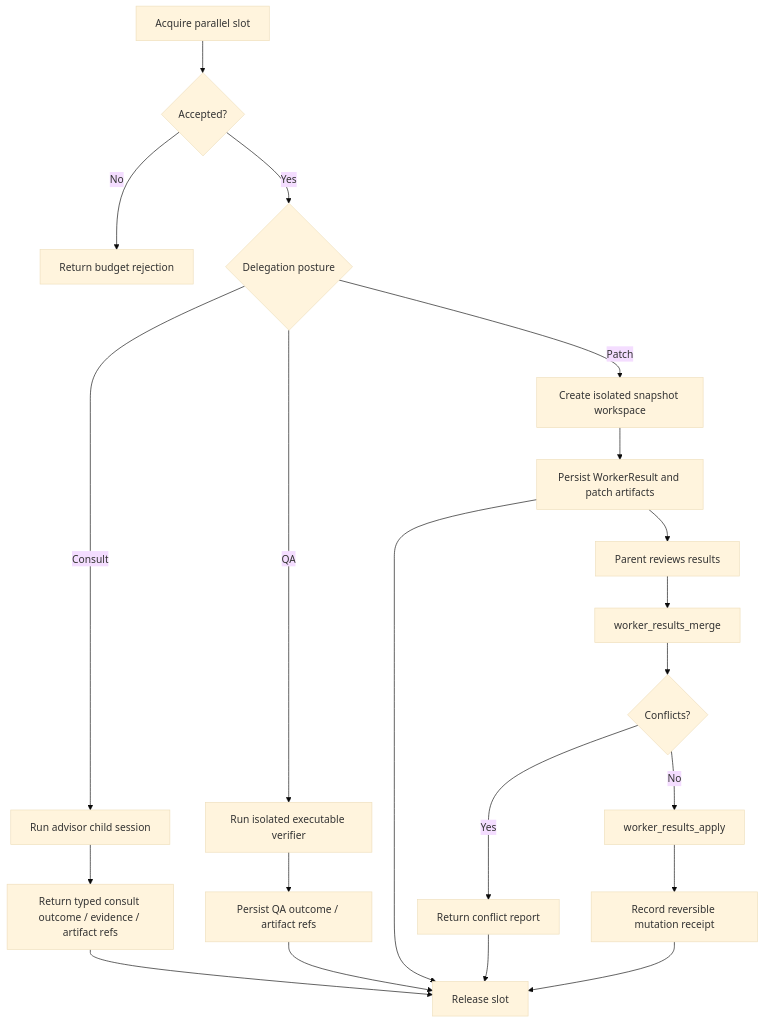
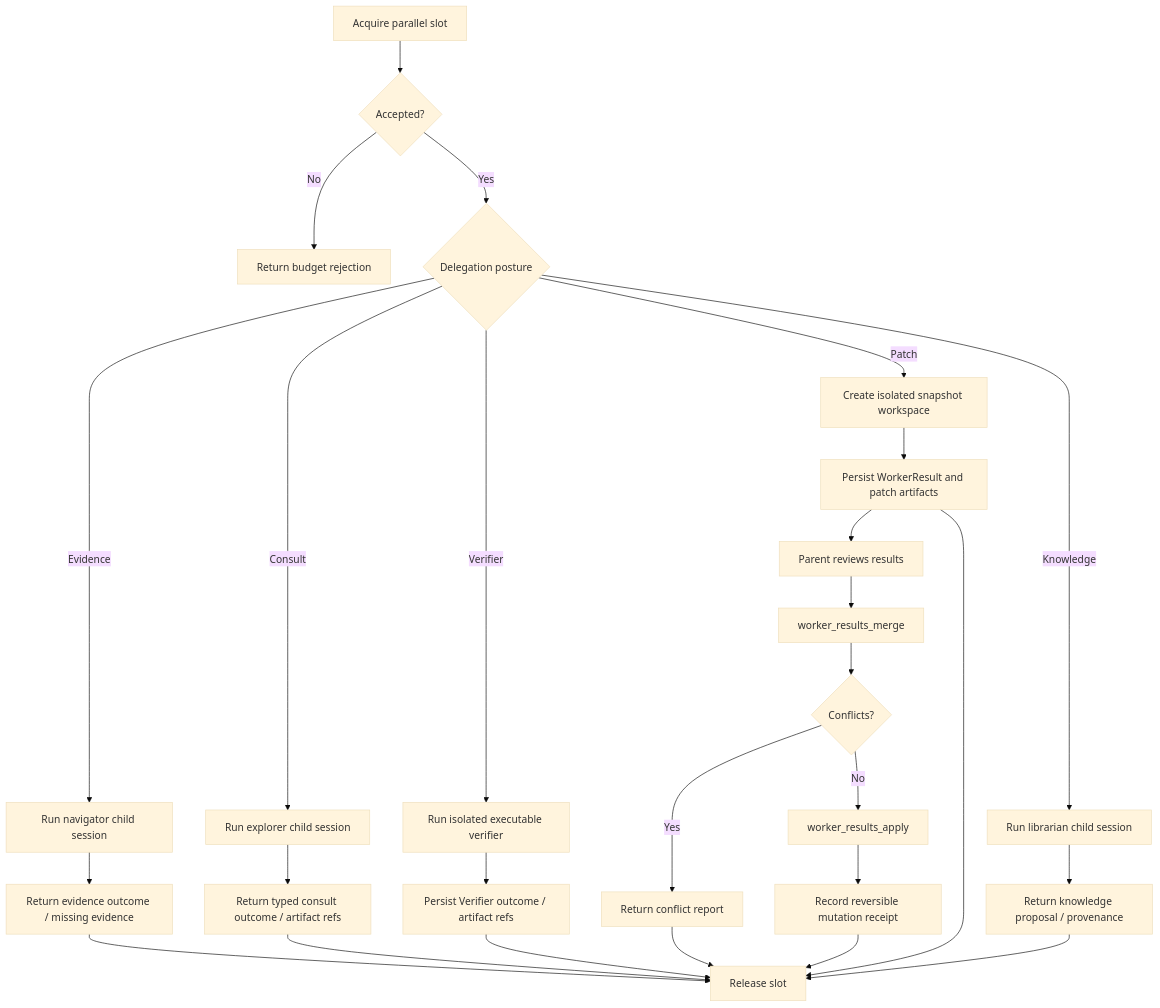
Before and after one commit to arcthur/brewva: the diagram in docs/journeys/operator/background-and-parallelism.md, drawn with Mermaid (base theme). The commit also changed other lines of this file and 161 other files, not shown here.

````diff
--- a/docs/journeys/operator/background-and-parallelism.md
+++ b/docs/journeys/operator/background-and-parallelism.md
@@ -41,23 +41,29 @@
 ```mermaid
 flowchart TD
   A["Acquire parallel slot"] --> B{"Accepted?"}
   B -->|No| C["Return budget rejection"]
   B -->|Yes| D{"Delegation posture"}
-  D -->|Consult| E["Run advisor child session"]
-  D -->|QA| F["Run isolated executable verifier"]
-  D -->|Patch| G["Create isolated snapshot workspace"]
-  E --> H["Return typed consult outcome / evidence / artifact refs"]
-  F --> I["Persist QA outcome / artifact refs"]
-  G --> J["Persist WorkerResult and patch artifacts"]
-  J --> K["Parent reviews results"]
-  K --> L["worker_results_merge"]
-  L --> M{"Conflicts?"}
-  M -->|Yes| N["Return conflict report"]
-  M -->|No| O["worker_results_apply"]
-  O --> P["Record reversible mutation receipt"]
-  H --> Q["Release slot"]
-  I --> Q
-  J --> Q
-  N --> Q
-  P --> Q
+  D -->|Evidence| E["Run navigator child session"]
+  D -->|Consult| F["Run explorer child session"]
+  D -->|Verifier| G["Run isolated executable verifier"]
+  D -->|Patch| H["Create isolated snapshot workspace"]
+  D -->|Knowledge| I["Run librarian child session"]
+  E --> J["Return evidence outcome / missing evidence"]
+  F --> K["Return typed consult outcome / artifact refs"]
+  G --> L["Persist Verifier outcome / artifact refs"]
+  H --> M["Persist WorkerResult and patch artifacts"]
+  I --> N["Return knowledge proposal / provenance"]
+  M --> O["Parent reviews results"]
+  O --> P["worker_results_merge"]
+  P --> Q{"Conflicts?"}
+  Q -->|Yes| R["Return conflict report"]
+  Q -->|No| S["worker_results_apply"]
+  S --> T["Record reversible mutation receipt"]
+  J --> U["Release slot"]
+  K --> U
+  L --> U
+  M --> U
+  N --> U
+  R --> U
+  T --> U
 ```
````
